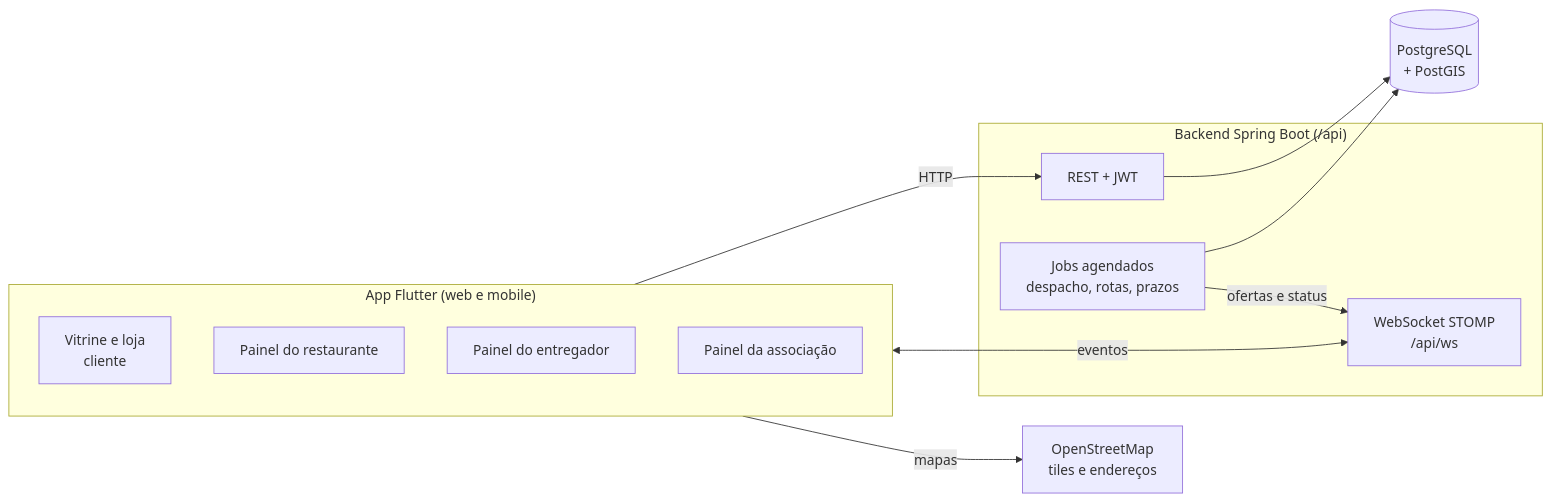
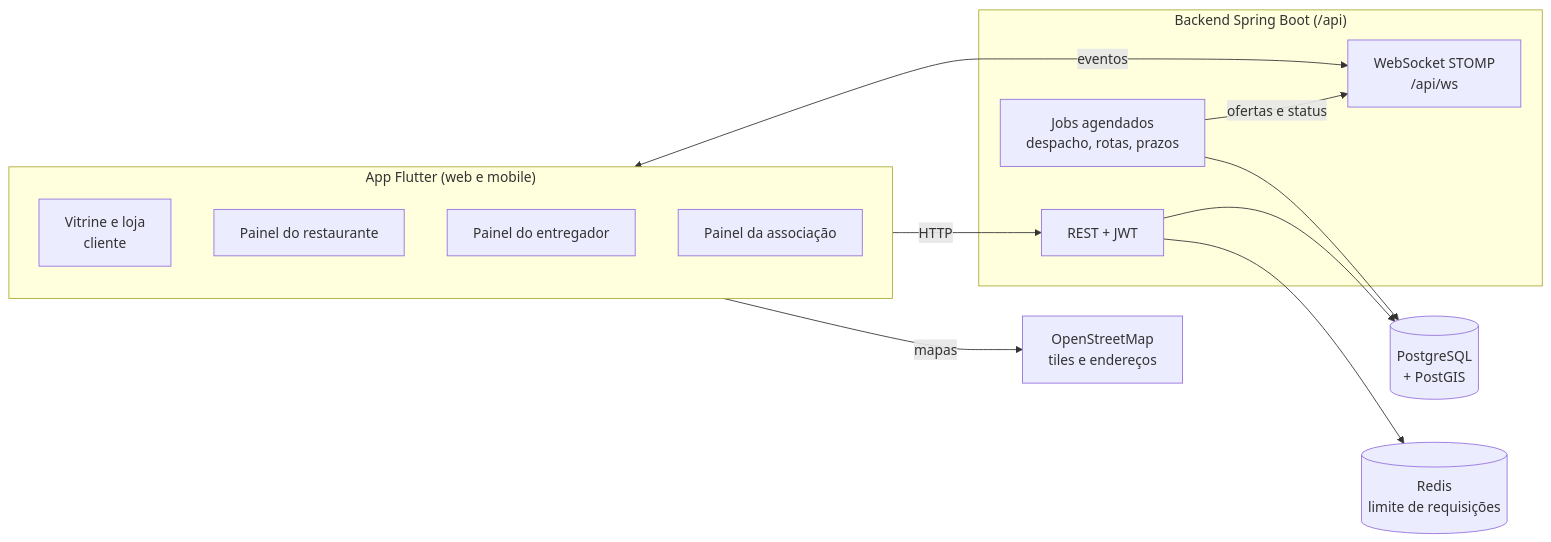
Before and after one commit to LucasRamos-Developer/openbag: the first of 3 diagrams in docs/architecture/README.md, drawn with Mermaid. The commit also changed other lines of this file and 9 other files, not shown here.

````diff
--- a/docs/architecture/README.md
+++ b/docs/architecture/README.md
@@ -11,25 +11,27 @@
 ```mermaid
 flowchart LR
     subgraph App["App Flutter (web e mobile)"]
         V[Vitrine e loja<br/>cliente]
         R[Painel do restaurante]
         E[Painel do entregador]
         A[Painel da associação]
     end
 
     subgraph API["Backend Spring Boot (/api)"]
         REST[REST + JWT]
         WS[WebSocket STOMP<br/>/api/ws]
         JOBS[Jobs agendados<br/>despacho, rotas, prazos]
     end
 
     DB[(PostgreSQL<br/>+ PostGIS)]
+    RD[(Redis<br/>limite de requisições)]
     OSM[OpenStreetMap<br/>tiles e endereços]
 
     App -- HTTP --> REST
     App <-- eventos --> WS
     REST --> DB
+    REST --> RD
     JOBS --> DB
     JOBS -- ofertas e status --> WS
     App -- mapas --> OSM
 ```
````
